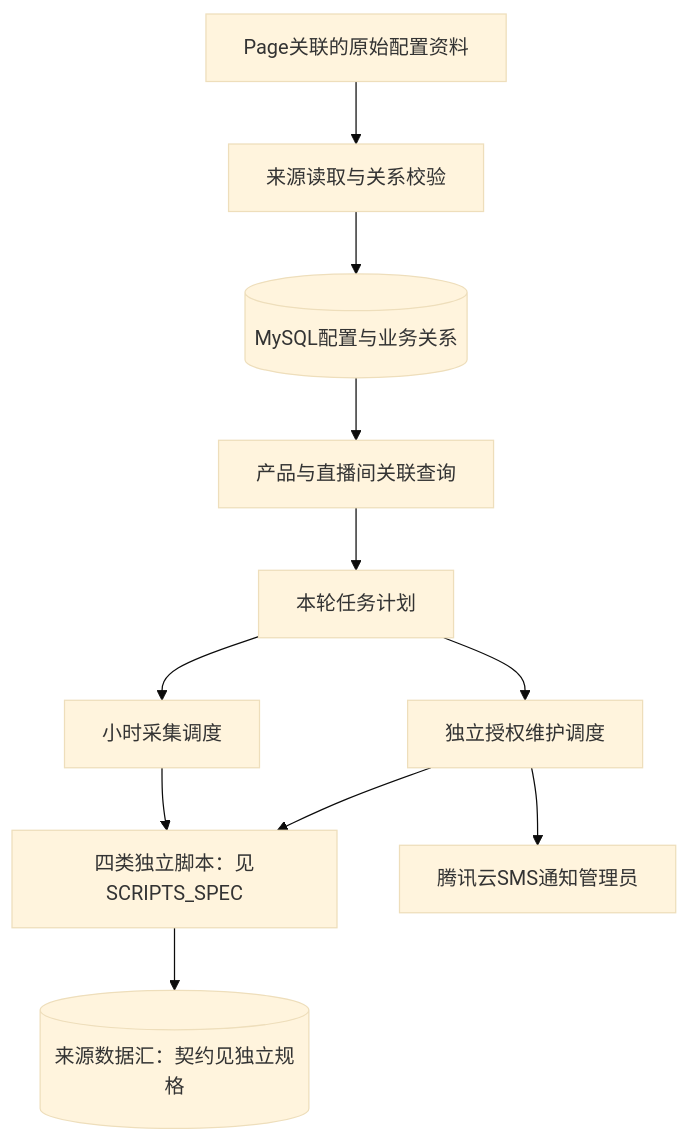
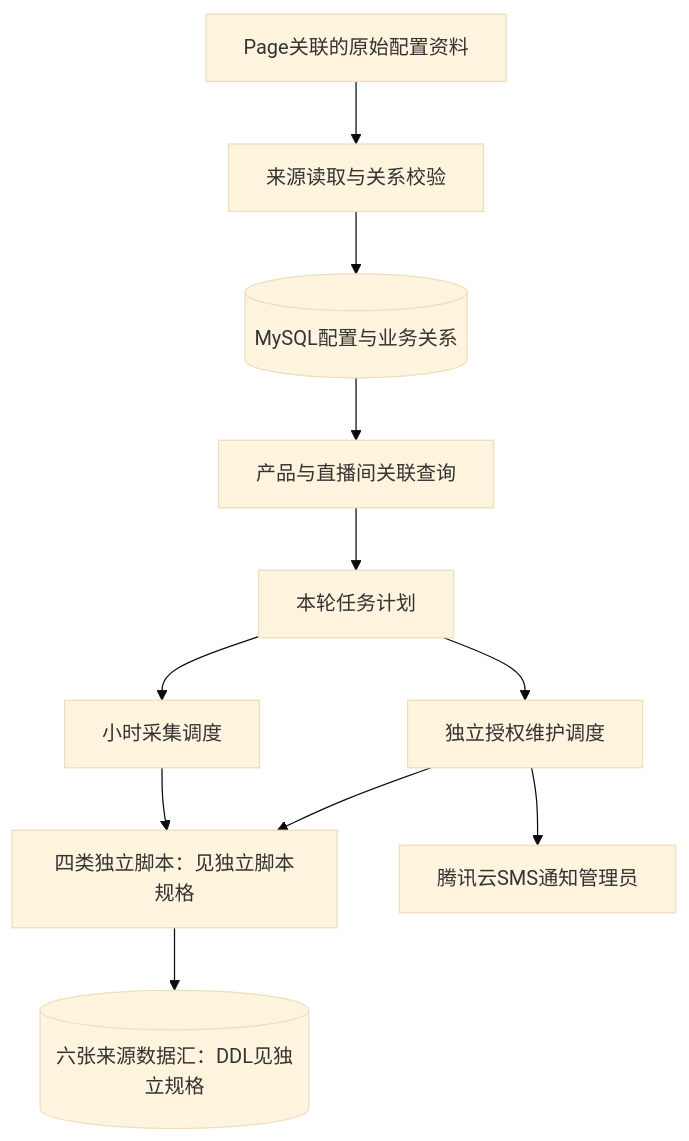
One commit to OnfireMrHuang/staffhub changed the first of 4 diagrams in live_data_design/SPEC.md. Above: the diagram before and after it, drawn with Mermaid (base theme). The commit also changed other lines of this file and 173 other files, not shown here.

````diff
--- a/live_data_design/SPEC.md
+++ b/live_data_design/SPEC.md
@@ -23,13 +23,13 @@
 ```mermaid
 flowchart TB
     P[Page关联的原始配置资料] --> I[来源读取与关系校验]
     I --> M[(MySQL配置与业务关系)]
     M --> V[产品与直播间关联查询]
     V --> T[本轮任务计划]
     T --> C[小时采集调度]
     T --> A[独立授权维护调度]
-    C --> S[四类独立脚本：见SCRIPTS_SPEC]
+    C --> S[四类独立脚本：见独立脚本规格]
     A --> S
-    S --> D[(来源数据汇：契约见独立规格)]
+    S --> D[(六张来源数据汇：DDL见独立规格)]
     A --> N[腾讯云SMS通知管理员]
 ```
````
